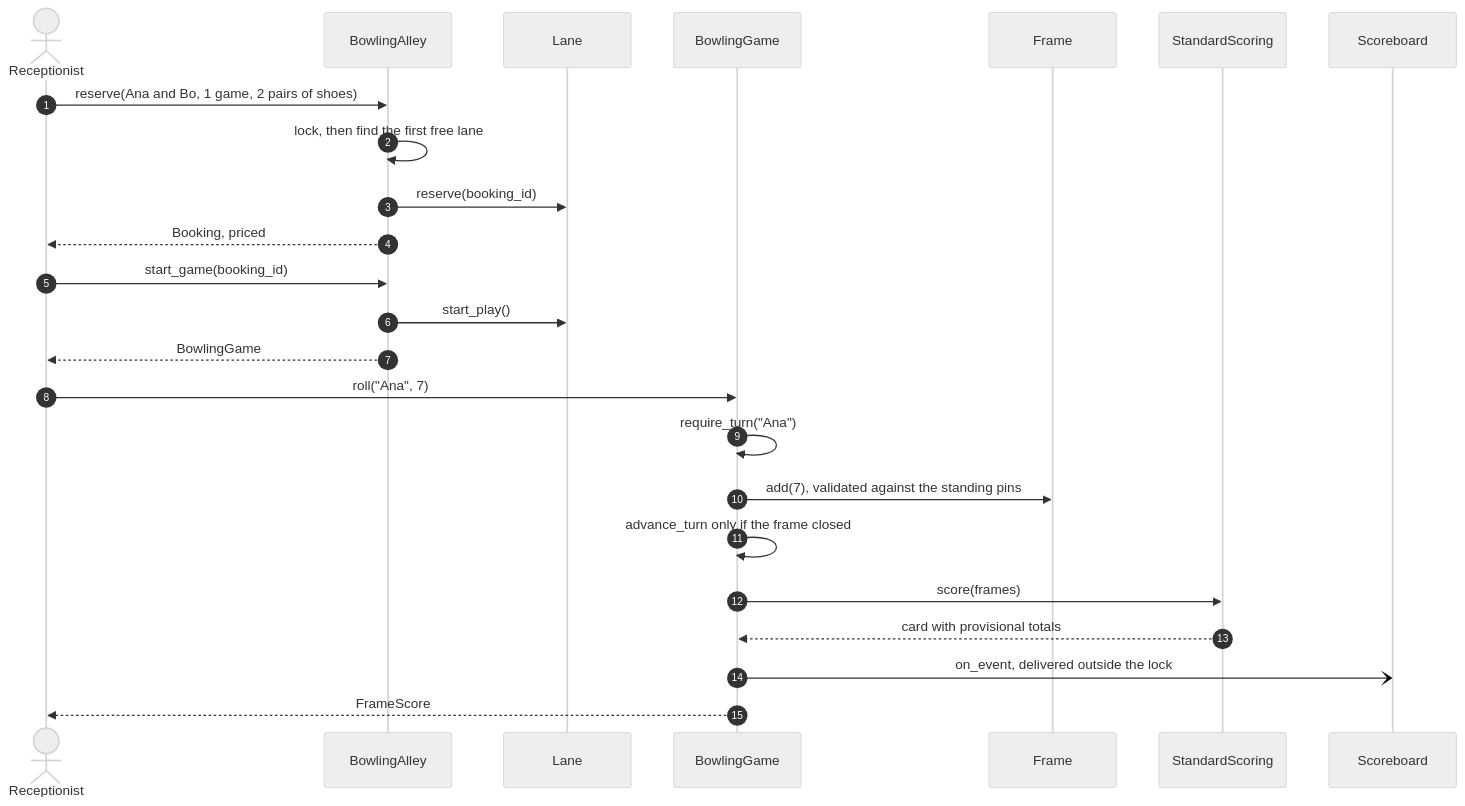
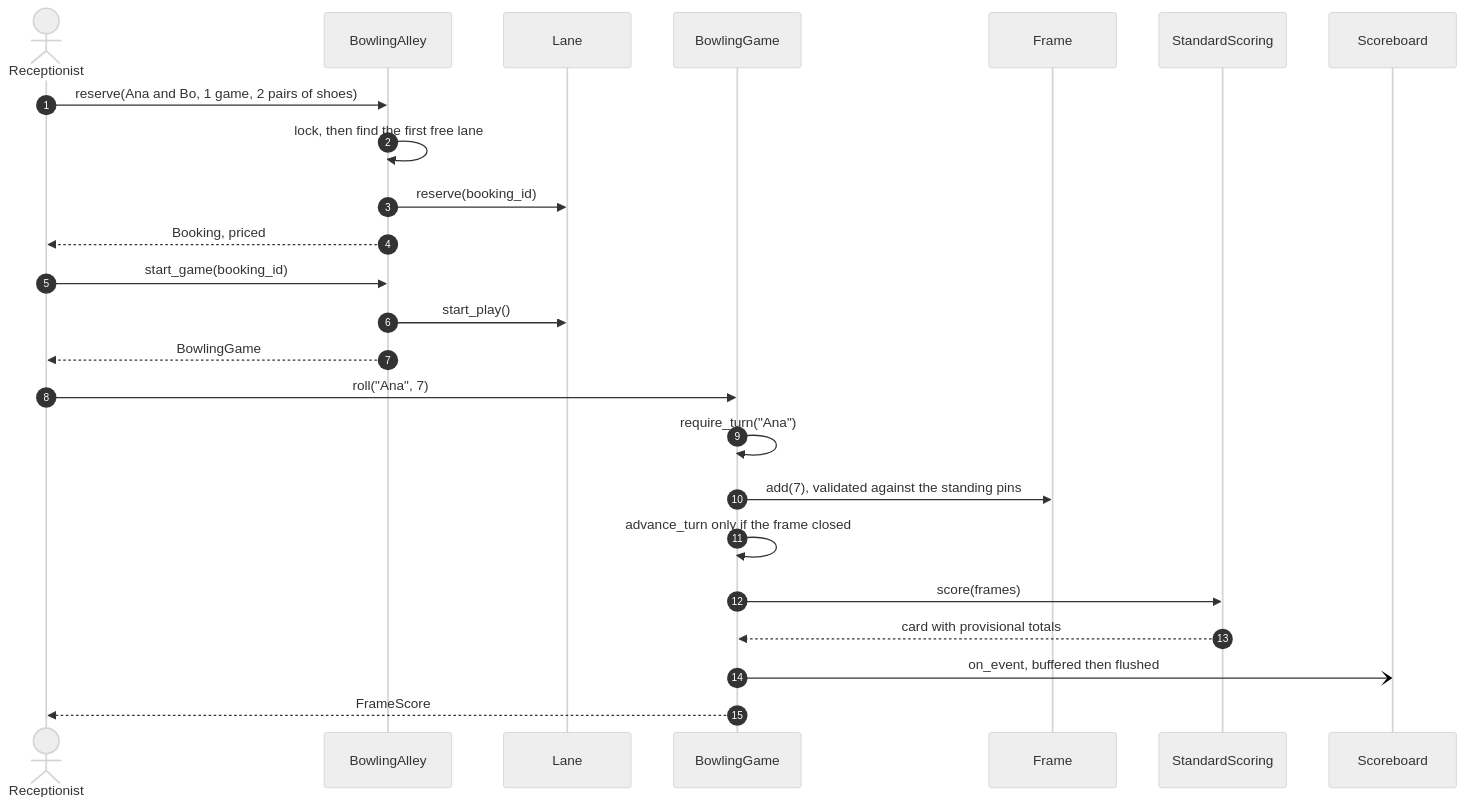
The third of 5 diagrams in docs/lld/problems/bowling-alley.md (param087/hld-lld-interview-handbook), drawn with Mermaid (neutral theme) before and after one commit. The commit also changed other lines of this file and 29 other files, not shown here.

````diff
--- a/docs/lld/problems/bowling-alley.md
+++ b/docs/lld/problems/bowling-alley.md
@@ -202,26 +202,26 @@
 ```mermaid
 sequenceDiagram
     autonumber
     actor R as Receptionist
     participant A as BowlingAlley
     participant L as Lane
     participant G as BowlingGame
     participant F as Frame
     participant C as StandardScoring
     participant B as Scoreboard
     R->>A: reserve(Ana and Bo, 1 game, 2 pairs of shoes)
     A->>A: lock, then find the first free lane
     A->>L: reserve(booking_id)
     A-->>R: Booking, priced
     R->>A: start_game(booking_id)
     A->>L: start_play()
     A-->>R: BowlingGame
     R->>G: roll("Ana", 7)
     G->>G: require_turn("Ana")
     G->>F: add(7), validated against the standing pins
     G->>G: advance_turn only if the frame closed
     G->>C: score(frames)
     C-->>G: card with provisional totals
-    G-)B: on_event, delivered outside the lock
+    G-)B: on_event, buffered then flushed
     G-->>R: FrameScore
 ```
````
